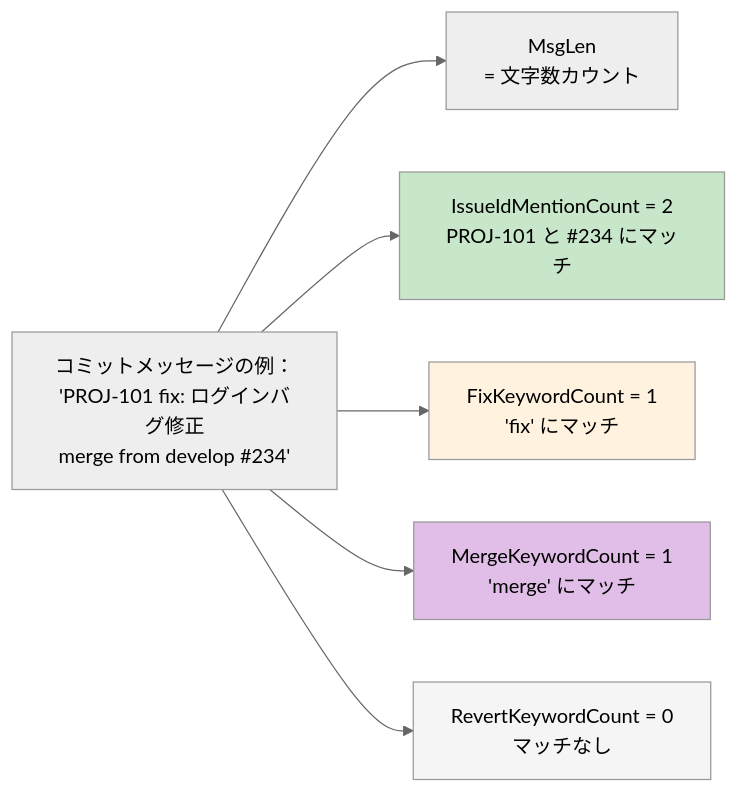
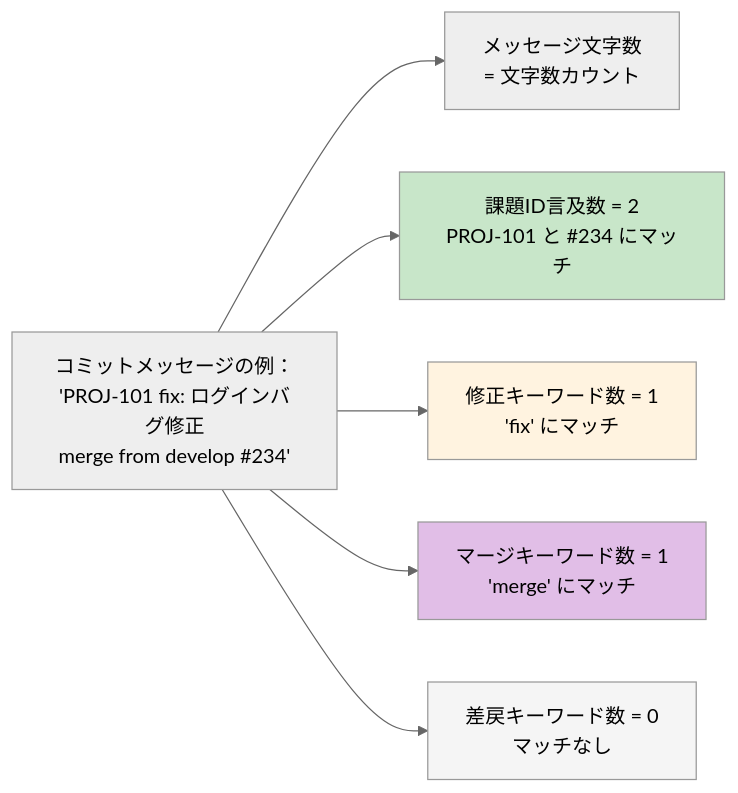
One commit to horiyamayoh/NarutoCode changed the ninth of 15 diagrams in docs/metrics_guide.md. Above: the diagram before and after it, drawn with Mermaid (neutral theme). The commit also changed other lines of this file and 4 other files, not shown here.

````diff
--- a/docs/metrics_guide.md
+++ b/docs/metrics_guide.md
@@ -363,15 +363,15 @@
 ```mermaid
 flowchart LR
     MSG["コミットメッセージの例：\n'PROJ-101 fix: ログインバグ修正\nmerge from develop #234'"]
 
-    MSG --> LEN["MsgLen\n= 文字数カウント"]
-    MSG --> ISSUE["IssueIdMentionCount = 2\nPROJ-101 と #234 にマッチ"]
-    MSG --> FIX["FixKeywordCount = 1\n'fix' にマッチ"]
-    MSG --> MERGE["MergeKeywordCount = 1\n'merge' にマッチ"]
-    MSG --> REV["RevertKeywordCount = 0\nマッチなし"]
+    MSG --> LEN["メッセージ文字数\n= 文字数カウント"]
+    MSG --> ISSUE["課題ID言及数 = 2\nPROJ-101 と #234 にマッチ"]
+    MSG --> FIX["修正キーワード数 = 1\n'fix' にマッチ"]
+    MSG --> MERGE["マージキーワード数 = 1\n'merge' にマッチ"]
+    MSG --> REV["差戻キーワード数 = 0\nマッチなし"]
 
     style ISSUE fill:#c8e6c9,color:#000
     style FIX fill:#fff3e0,color:#000
     style MERGE fill:#e1bee7,color:#000
     style REV fill:#f5f5f5,color:#000
 ```
````
